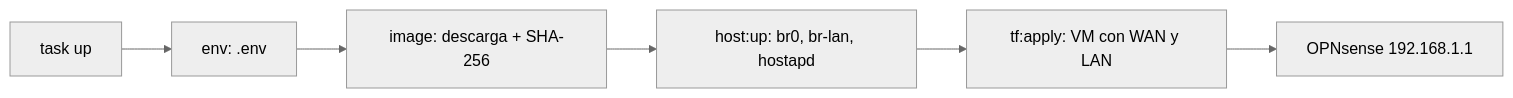
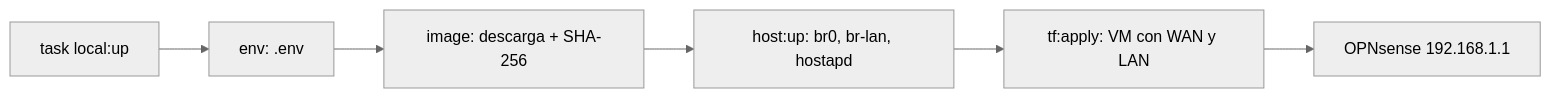
Before and after one commit to TipoTramquilo/byteservices-portal: the first of 2 diagrams in docs/how-to/levantar-local.md, drawn with Mermaid (neutral theme). The commit also changed other lines of this file and 219 other files, not shown here.

````diff
--- a/docs/how-to/levantar-local.md
+++ b/docs/how-to/levantar-local.md
@@ -50,8 +49,8 @@
 ```mermaid
 flowchart LR
-  A[task up] --> B[env: .env]
+  A[task local:up] --> B[env: .env]
   B --> C[image: descarga + SHA-256]
   C --> D[host:up: br0, br-lan, hostapd]
   D --> E[tf:apply: VM con WAN y LAN]
   E --> F[OPNsense 192.168.1.1]
 ```
````
